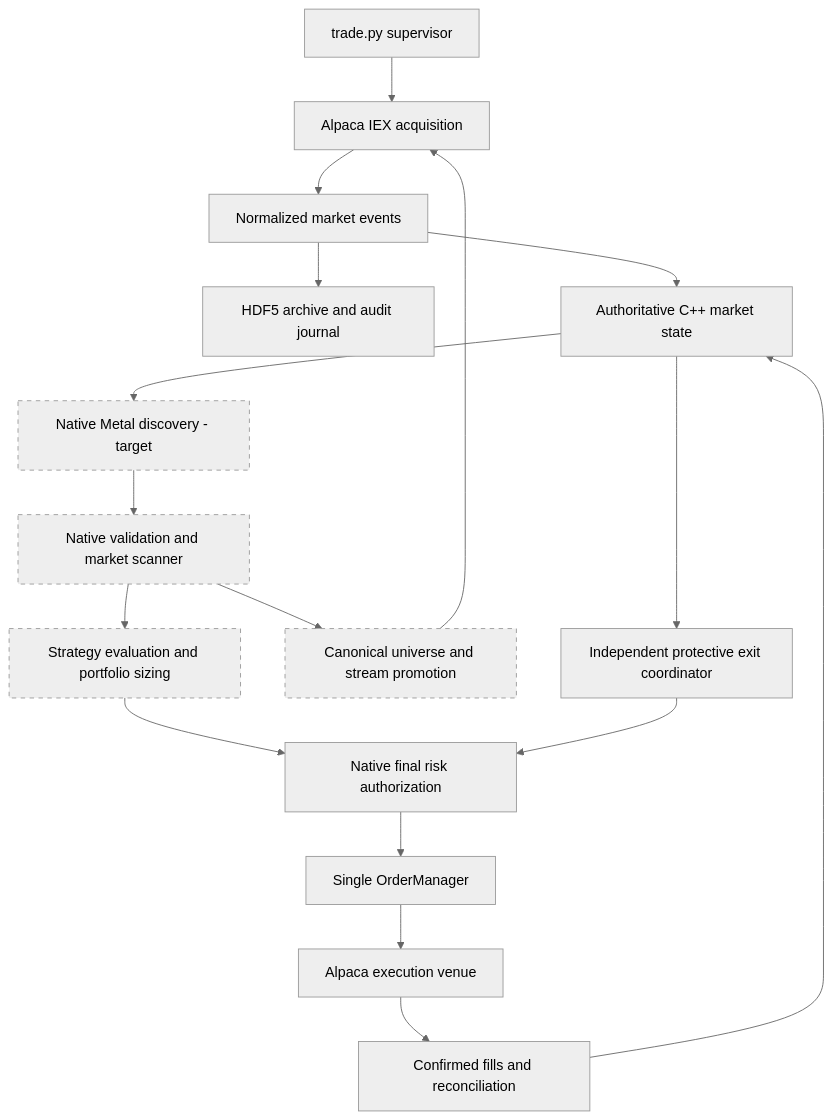
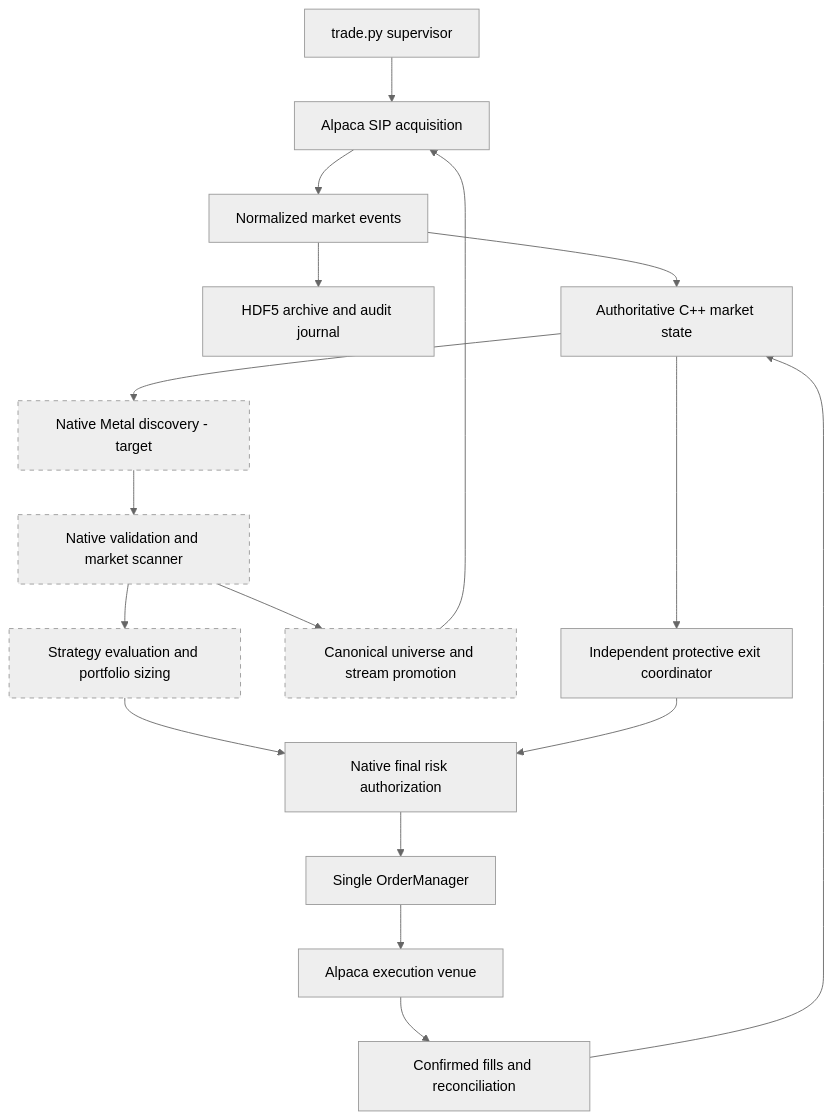
The first of 13 diagrams in README.md (blkpvnthr/C-Engine), drawn with Mermaid (neutral theme) before and after one commit. The commit also changed other lines of this file and 3 other files, not shown here.

````diff
--- a/README.md
+++ b/README.md
@@ -11,21 +20,21 @@
 ```mermaid
 flowchart TD
-    T[trade.py supervisor] --> A[Alpaca IEX acquisition]
+    T[trade.py supervisor] --> A[Alpaca SIP acquisition]
     A --> N[Normalized market events]
     N --> H[HDF5 archive and audit journal]
     N --> C[Authoritative C++ market state]
     C --> P[Independent protective exit coordinator]
     C --> G[Native Metal discovery - target]
     G --> S[Native validation and market scanner]
     S --> U[Canonical universe and stream promotion]
     U --> A
     S --> Q[Strategy evaluation and portfolio sizing]
     Q --> R[Native final risk authorization]
     P --> R
     R --> O[Single OrderManager]
     O --> B[Alpaca execution venue]
     B --> F[Confirmed fills and reconciliation]
     F --> C
     classDef target stroke-dasharray: 5 5
     class G,S,U,Q target
 ```
````
